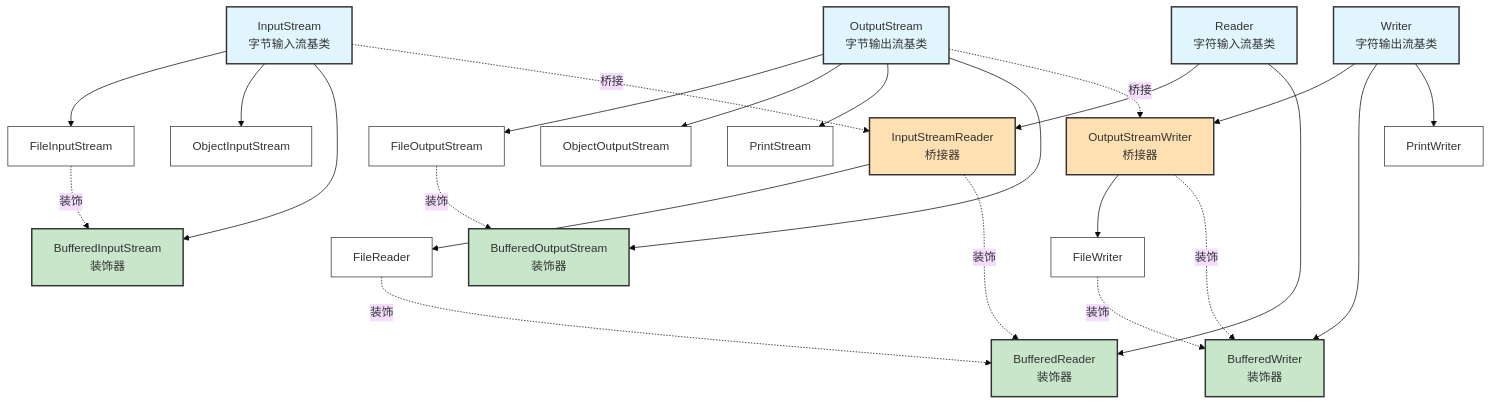
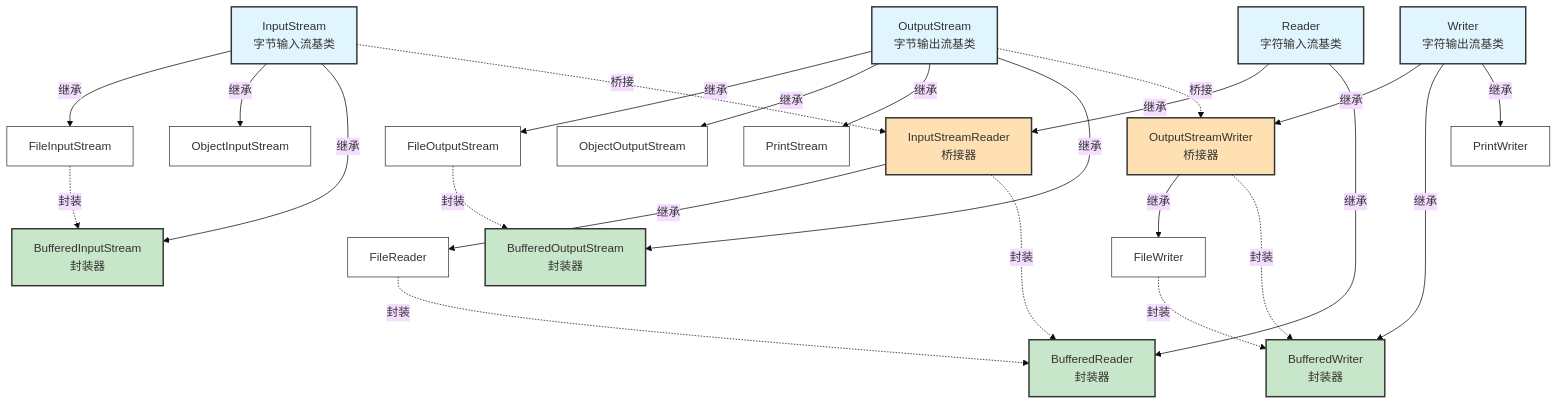
Before and after one commit to horizon-dawn/dev: the diagram in Java面试题/Java IO流继承体系.md, drawn with Mermaid (base theme). The commit also changed other lines of this file and 1 other file, not shown here.

Commit message:
vault backup: 2025-12-06 09:41:04

````diff
--- a/Java面试题/Java IO流继承体系.md
+++ b/Java面试题/Java IO流继承体系.md
@@ -7,66 +7,66 @@
 ```mermaid
 graph TB
     %% 定义样式
     classDef abstract fill:#e1f5ff,stroke:#333,stroke-width:2px
     classDef node fill:#fff,stroke:#333,stroke-width:1px
     classDef decorator fill:#c8e6c9,stroke:#333,stroke-width:2px
     classDef bridge fill:#ffe0b2,stroke:#333,stroke-width:2px
 
     %% 字节流
     InputStream[InputStream<br/>字节输入流基类]:::abstract
     OutputStream[OutputStream<br/>字节输出流基类]:::abstract
     
     FileInputStream[FileInputStream]:::node
     ObjectInputStream[ObjectInputStream]:::node
-    BufferedInputStream[BufferedInputStream<br/>装饰器]:::decorator
+    BufferedInputStream[BufferedInputStream<br/>封装器]:::decorator
     
     FileOutputStream[FileOutputStream]:::node
     ObjectOutputStream[ObjectOutputStream]:::node
     PrintStream[PrintStream]:::node
-    BufferedOutputStream[BufferedOutputStream<br/>装饰器]:::decorator
+    BufferedOutputStream[BufferedOutputStream<br/>封装器]:::decorator
     
     %% 字符流
     Reader[Reader<br/>字符输入流基类]:::abstract
     Writer[Writer<br/>字符输出流基类]:::abstract
     
     InputStreamReader[InputStreamReader<br/>桥接器]:::bridge
     FileReader[FileReader]:::node
-    BufferedReader[BufferedReader<br/>装饰器]:::decorator
+    BufferedReader[BufferedReader<br/>封装器]:::decorator
     
     OutputStreamWriter[OutputStreamWriter<br/>桥接器]:::bridge
     FileWriter[FileWriter]:::node
-    BufferedWriter[BufferedWriter<br/>装饰器]:::decorator
+    BufferedWriter[BufferedWriter<br/>封装器]:::decorator
     PrintWriter[PrintWriter]:::node
     
     %% 继承关系
-    InputStream --> FileInputStream
-    InputStream --> ObjectInputStream
-    InputStream --> BufferedInputStream
+    InputStream -->|继承| FileInputStream
+    InputStream -->|继承| ObjectInputStream
+    InputStream -->|继承| BufferedInputStream
     
-    OutputStream --> FileOutputStream
-    OutputStream --> ObjectOutputStream
-    OutputStream --> PrintStream
-    OutputStream --> BufferedOutputStream
+    OutputStream -->|继承| FileOutputStream
+    OutputStream -->|继承| ObjectOutputStream
+    OutputStream -->|继承| PrintStream
+    OutputStream -->|继承| BufferedOutputStream
     
-    Reader --> InputStreamReader
-    Reader --> BufferedReader
-    InputStreamReader --> FileReader
+    Reader -->|继承| InputStreamReader
+    Reader -->|继承| BufferedReader
+    InputStreamReader -->|继承| FileReader
     
-    Writer --> OutputStreamWriter
-    Writer --> BufferedWriter
-    Writer --> PrintWriter
-    OutputStreamWriter --> FileWriter
+    Writer -->|继承| OutputStreamWriter
+    Writer -->|继承| BufferedWriter
+    Writer -->|继承| PrintWriter
+    OutputStreamWriter -->|继承| FileWriter
     
-    %% 装饰关系（虚线）
-    FileInputStream -.装饰.-> BufferedInputStream
-    FileOutputStream -.装饰.-> BufferedOutputStream
+    %% 封装关系（虚线）
+    FileInputStream -.封装.-> BufferedInputStream
+    FileOutputStream -.封装.-> BufferedOutputStream
     
-    InputStreamReader -.装饰.-> BufferedReader
-    FileReader -.装饰.-> BufferedReader
-    OutputStreamWriter -.装饰.-> BufferedWriter
-    FileWriter -.装饰.-> BufferedWriter
+    InputStreamReader -.封装.-> BufferedReader
+    FileReader -.封装.-> BufferedReader
+    OutputStreamWriter -.封装.-> BufferedWriter
+    FileWriter -.封装.-> BufferedWriter
     
     %% 桥接关系
     InputStream -.桥接.-> InputStreamReader
     OutputStream -.桥接.-> OutputStreamWriter
 ```
````
